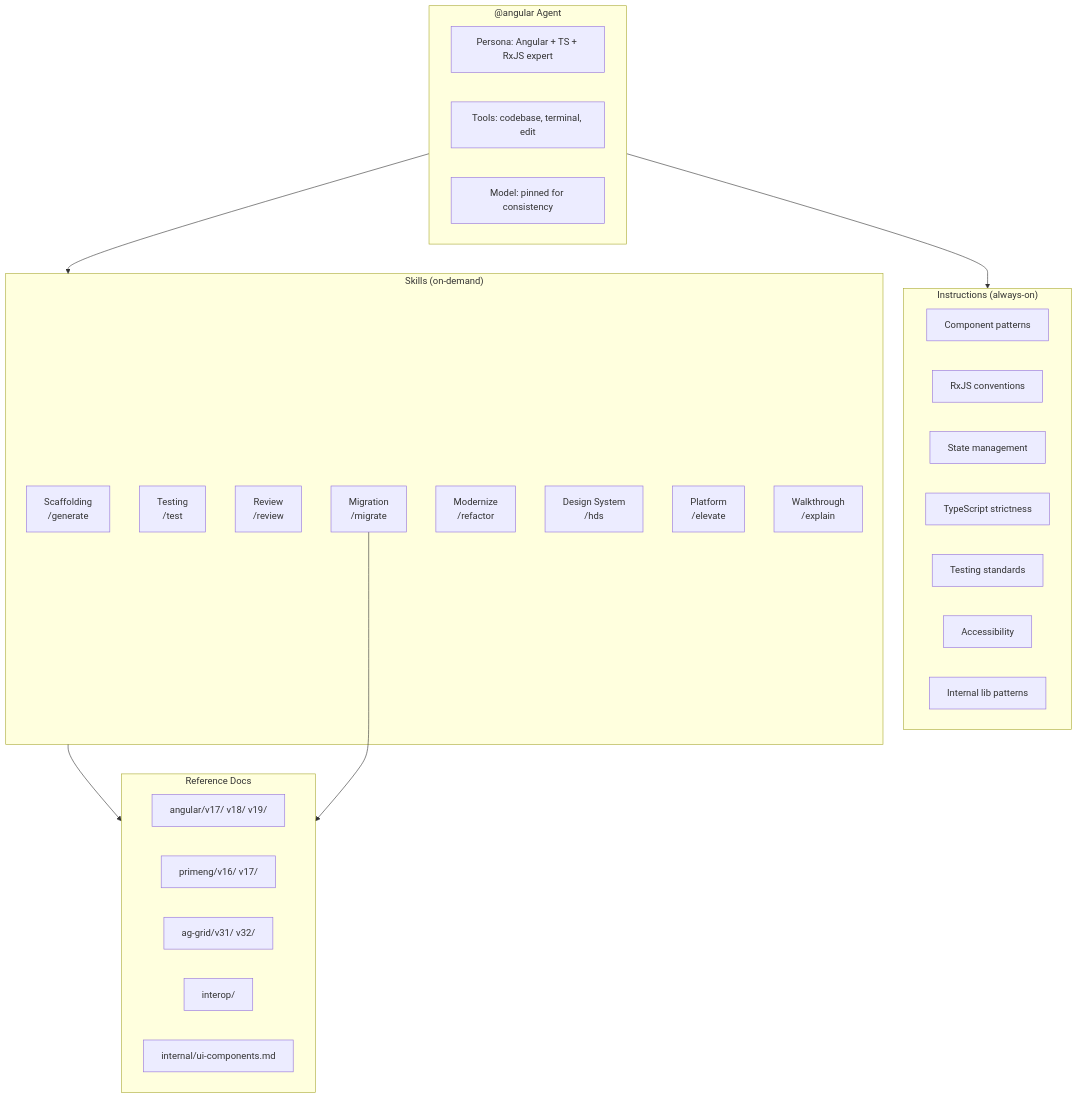
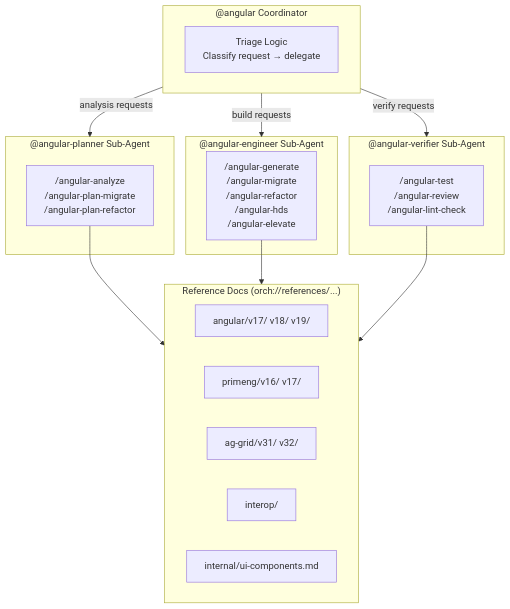
The fourth of 17 diagrams in docs/tech.md (oneinthebox/vscode-ghcp-agents), drawn with Mermaid before and after one commit. The commit also changed other lines of this file and 11 other files, not shown here.

````diff
--- a/docs/tech.md
+++ b/docs/tech.md
@@ -128,42 +138,33 @@
 ```mermaid
 graph TB
-    subgraph Agent["@angular Agent"]
-        Persona["Persona: Angular + TS + RxJS expert"]
-        Tools["Tools: codebase, terminal, edit"]
-        Model["Model: pinned for consistency"]
+    subgraph Coordinator["@angular Coordinator"]
+        Triage["Triage Logic<br/>Classify request → delegate"]
     end
 
-    subgraph Instructions["Instructions (always-on)"]
-        CompPatterns["Component patterns"]
-        RxJS["RxJS conventions"]
-        State["State management"]
-        TSStrict["TypeScript strictness"]
-        Testing["Testing standards"]
-        A11y["Accessibility"]
-        InternalLib["Internal lib patterns"]
+    subgraph Planner["@angular-planner Sub-Agent"]
+        PlanSkills["/angular-analyze<br/>/angular-plan-migrate<br/>/angular-plan-refactor"]
     end
 
-    subgraph Skills["Skills (on-demand)"]
-        Generate["Scaffolding<br/>/generate"]
-        Test["Testing<br/>/test"]
-        Review["Review<br/>/review"]
-        Migrate["Migration<br/>/migrate"]
-        Refactor["Modernize<br/>/refactor"]
-        HDS["Design System<br/>/hds"]
-        Elevate["Platform<br/>/elevate"]
-        Explain["Walkthrough<br/>/explain"]
+    subgraph Engineer["@angular-engineer Sub-Agent"]
+        EngSkills["/angular-generate<br/>/angular-migrate<br/>/angular-refactor<br/>/angular-hds<br/>/angular-elevate"]
     end
 
-    subgraph Refs["Reference Docs"]
+    subgraph Verifier["@angular-verifier Sub-Agent"]
+        VerSkills["/angular-test<br/>/angular-review<br/>/angular-lint-check"]
+    end
+
+    subgraph Refs["Reference Docs (orch://references/...)"]
         AngDocs["angular/v17/ v18/ v19/"]
         PrimeDocs["primeng/v16/ v17/"]
         AGDocs["ag-grid/v31/ v32/"]
         InteropDocs["interop/"]
         InternalDocs["internal/ui-components.md"]
     end
 
-    Agent --> Instructions
-    Agent --> Skills
-    Skills --> Refs
-    Migrate --> Refs
+    Coordinator -->|analysis requests| Planner
+    Coordinator -->|build requests| Engineer
+    Coordinator -->|verify requests| Verifier
+    PlanSkills --> Refs
+    EngSkills --> Refs
+    VerSkills --> Refs
 ```
````
